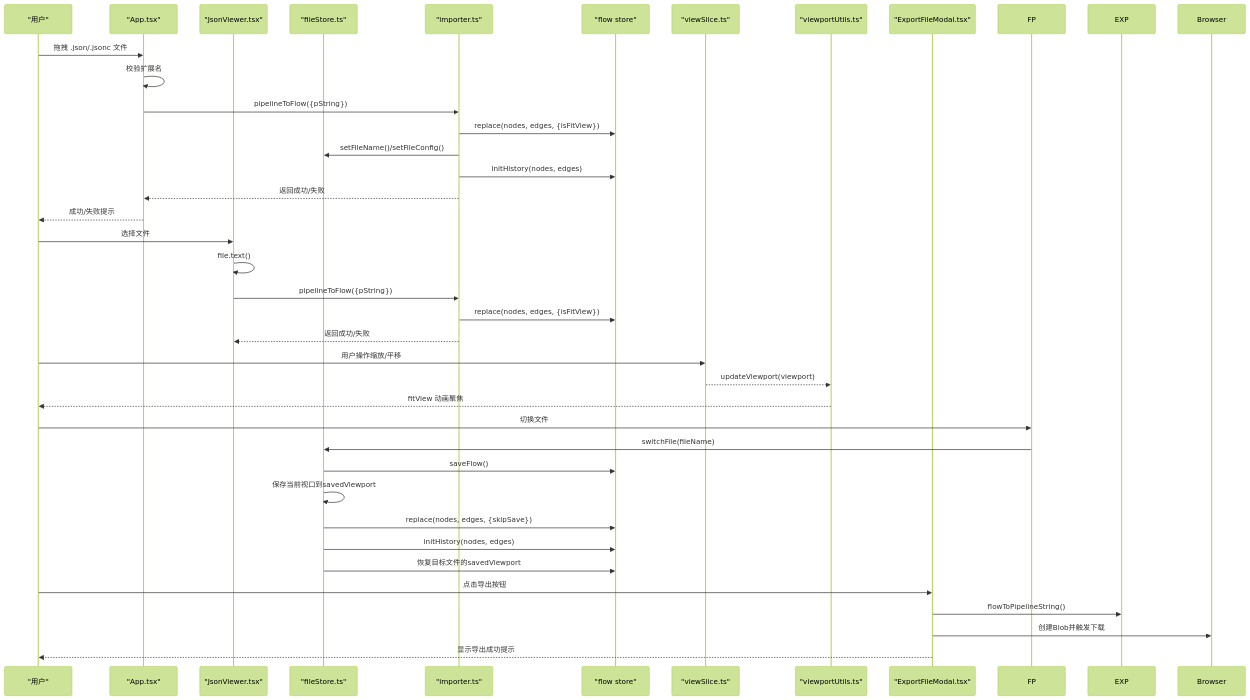
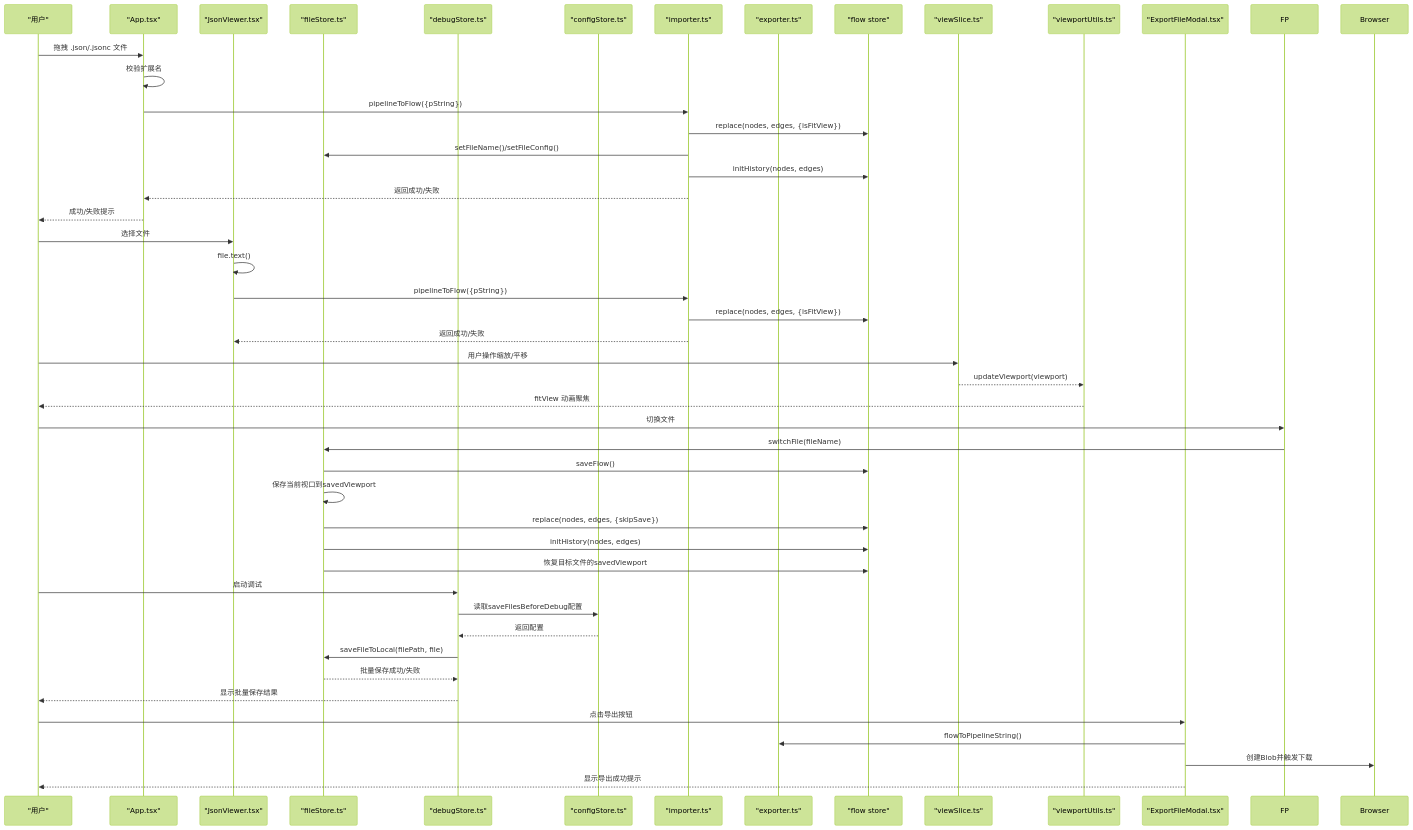
Before and after one commit to kqcoxn/MaaPipelineEditor: the second of 9 diagrams in .qoder/repowiki/zh/content/核心概念/文件与视口.md, drawn with Mermaid (forest theme). The commit also changed other lines of this file and 8 other files, not shown here.

````diff
--- a/.qoder/repowiki/zh/content/核心概念/文件与视口.md
+++ b/.qoder/repowiki/zh/content/核心概念/文件与视口.md
@@ -140,39 +161,48 @@
 ```mermaid
 sequenceDiagram
 participant U as "用户"
 participant APP as "App.tsx"
 participant JV as "JsonViewer.tsx"
 participant FS as "fileStore.ts"
+participant DS as "debugStore.ts"
+participant CS as "configStore.ts"
 participant IMP as "importer.ts"
+participant EXP as "exporter.ts"
 participant FL as "flow store"
 participant VS as "viewSlice.ts"
 participant FU as "viewportUtils.ts"
 participant EFM as "ExportFileModal.tsx"
 U->>APP : 拖拽 .json/.jsonc 文件
 APP->>APP : 校验扩展名
 APP->>IMP : pipelineToFlow({pString})
 IMP->>FL : replace(nodes, edges, {isFitView})
 IMP->>FS : setFileName()/setFileConfig()
 IMP->>FL : initHistory(nodes, edges)
 IMP-->>APP : 返回成功/失败
 APP-->>U : 成功/失败提示
 U->>JV : 选择文件
 JV->>JV : file.text()
 JV->>IMP : pipelineToFlow({pString})
 IMP->>FL : replace(nodes, edges, {isFitView})
 IMP-->>JV : 返回成功/失败
 U->>VS : 用户操作缩放/平移
 VS-->>FU : updateViewport(viewport)
 FU-->>U : fitView 动画聚焦
 U->>FP : 切换文件
 FP->>FS : switchFile(fileName)
 FS->>FL : saveFlow()
 FS->>FS : 保存当前视口到savedViewport
 FS->>FL : replace(nodes, edges, {skipSave})
 FS->>FL : initHistory(nodes, edges)
 FS->>FL : 恢复目标文件的savedViewport
+U->>DS : 启动调试
+DS->>CS : 读取saveFilesBeforeDebug配置
+CS-->>DS : 返回配置
+DS->>FS : saveFileToLocal(filePath, file)
+FS-->>DS : 批量保存成功/失败
+DS-->>U : 显示批量保存结果
 U->>EFM : 点击导出按钮
 EFM->>EXP : flowToPipelineString()
 EFM->>Browser : 创建Blob并触发下载
 EFM-->>U : 显示导出成功提示
 ```
````
